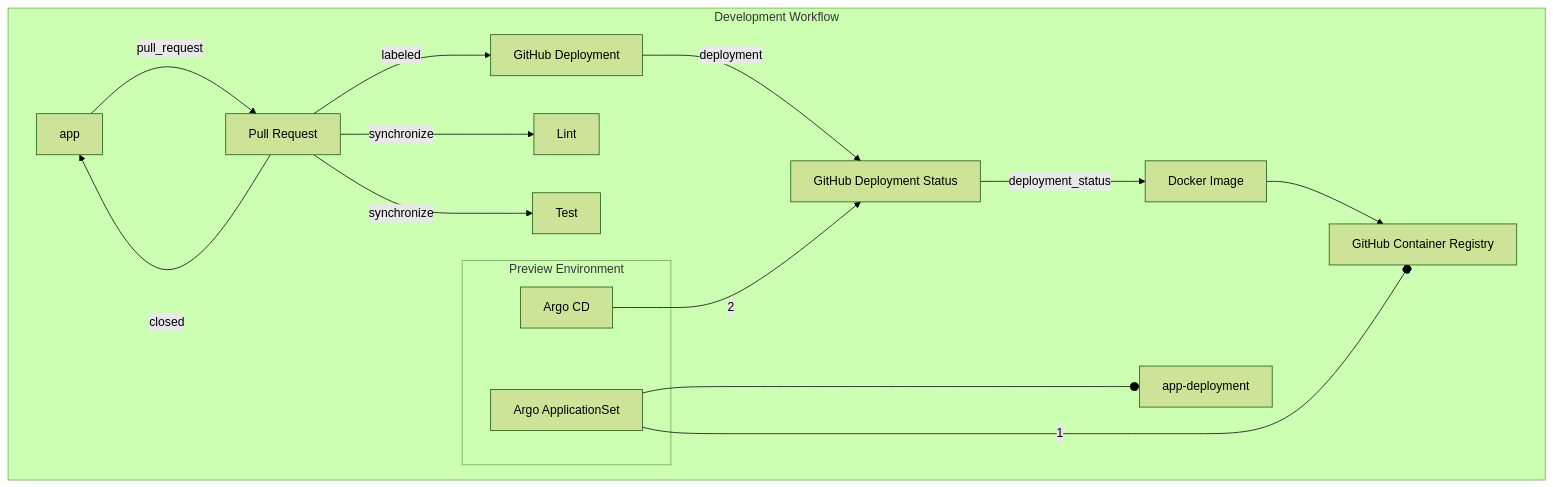
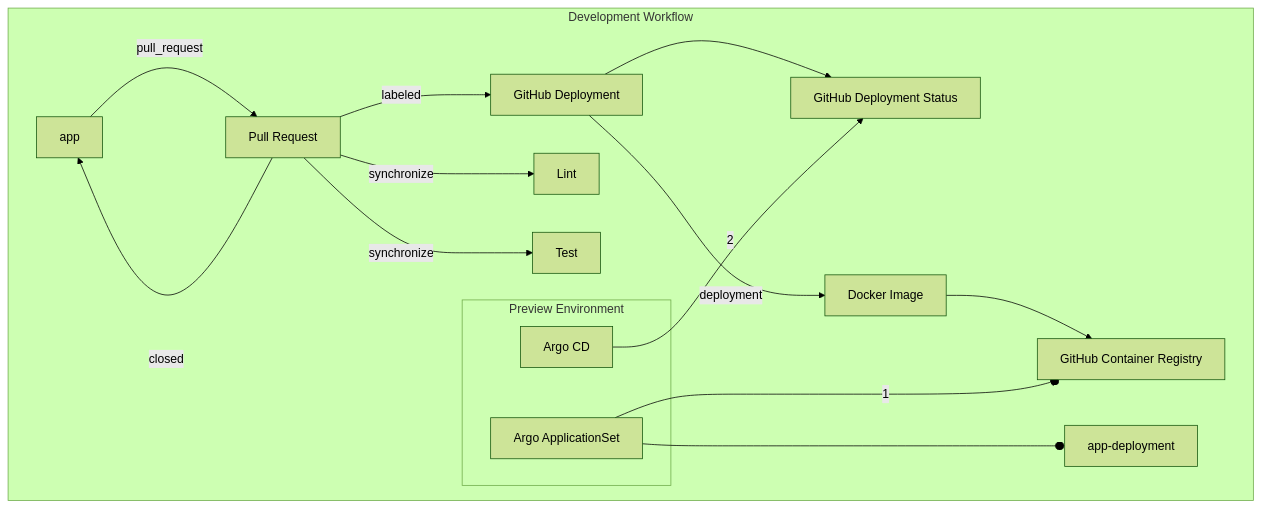
The second of 3 diagrams in profile/README.md (gitops-ci-cd/.github), drawn with Mermaid (forest theme) before and after one commit.

````diff
--- a/profile/README.md
+++ b/profile/README.md
@@ -120,25 +120,25 @@
 ```mermaid
 flowchart TD
 
     registry[GitHub Container Registry]
 
     subgraph env[Preview Environment]
         argo[Argo CD]
         argo-app[Argo ApplicationSet]
     end
 
     subgraph dev[Development Workflow]
         app -- pull_request --> pr[Pull Request]
         pr -- synchronize --> lint[Lint] & test[Test]
-        pr -- labeled --> deployment[GitHub Deployment] -- deployment --> deployment-status[GitHub Deployment Status]
-        deployment-status -- deployment_status --> build[Docker Image]
+        pr -- labeled --> deployment[GitHub Deployment] --> deployment-status[GitHub Deployment Status]
+        deployment -- deployment --> build[Docker Image]
         build --> registry
 
         env
         argo-app -- 1 --o registry
         argo-app ---o app-deployment
         argo -- 2 --> deployment-status
 
         pr -- closed --> app
     end
 ```
````
